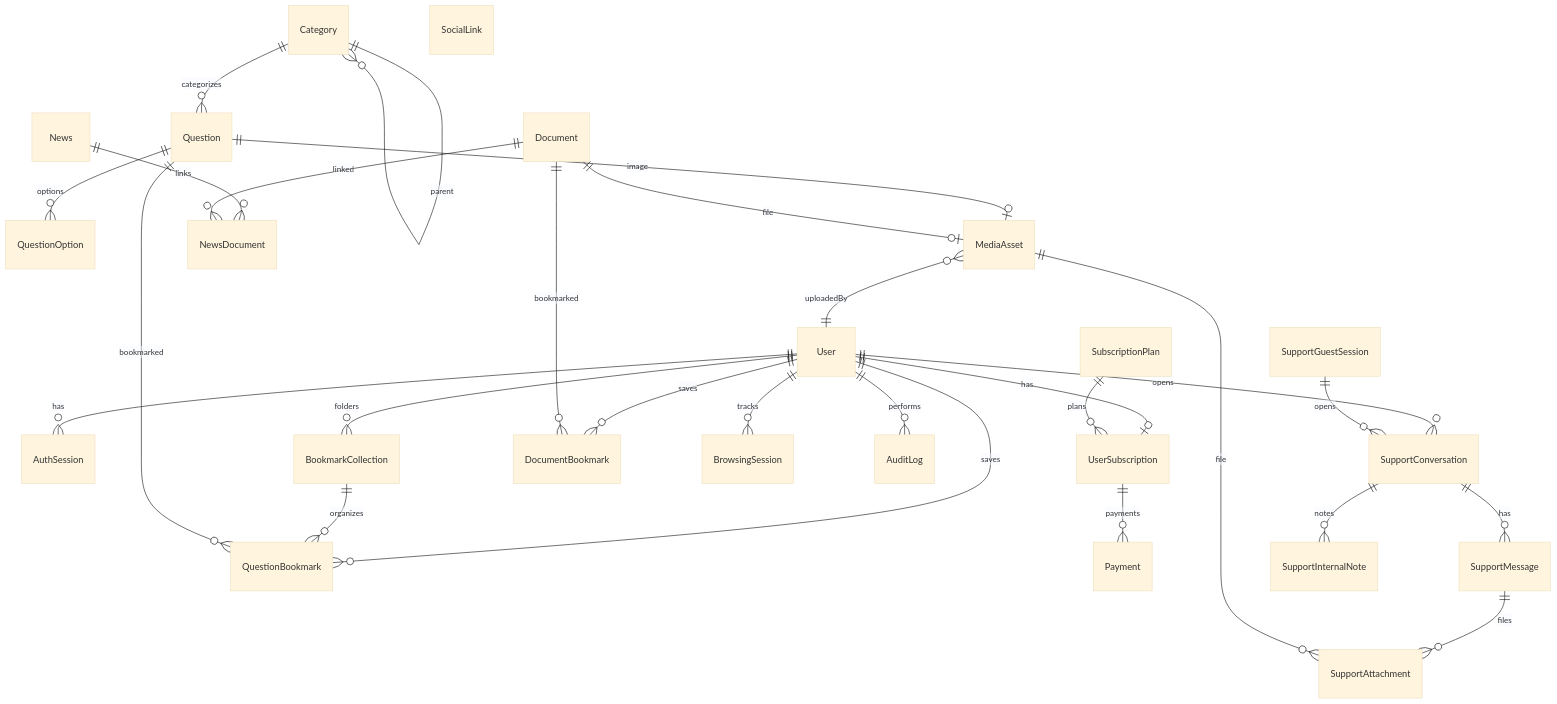
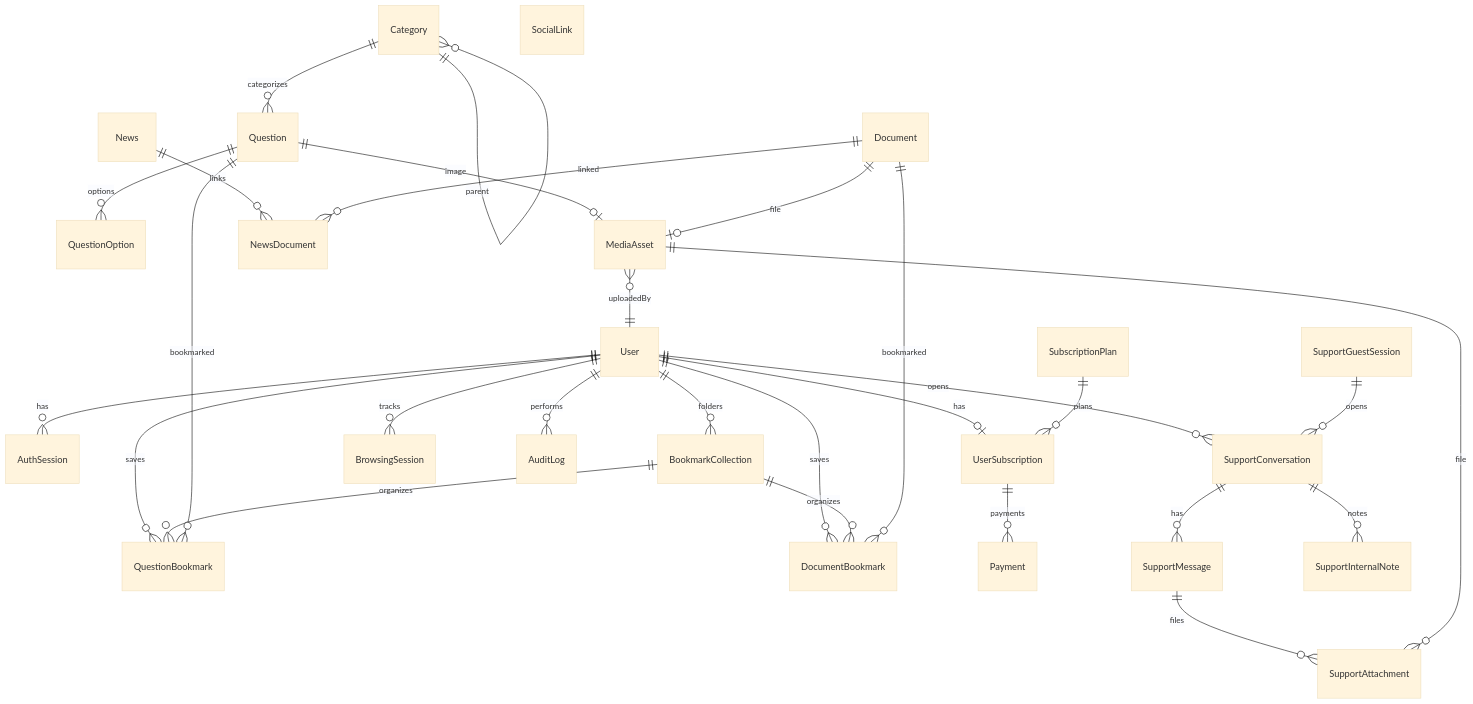
The diagram in docs/05-database-design.md (reazulislamreaz/your-academy), drawn with Mermaid (base theme) before and after one commit. The commit also changed other lines of this file and 34 other files, not shown here.

````diff
--- a/docs/05-database-design.md
+++ b/docs/05-database-design.md
@@ -10,30 +10,31 @@
 ```mermaid
 erDiagram
   User ||--o{ AuthSession : has
   User ||--o| UserSubscription : has
   User ||--o{ BookmarkCollection : folders
   User ||--o{ QuestionBookmark : saves
   User ||--o{ DocumentBookmark : saves
   BookmarkCollection ||--o{ QuestionBookmark : organizes
+  BookmarkCollection ||--o{ DocumentBookmark : organizes
   User ||--o{ BrowsingSession : tracks
   User ||--o{ AuditLog : performs
   SubscriptionPlan ||--o{ UserSubscription : plans
   UserSubscription ||--o{ Payment : payments
   Category ||--o{ Category : parent
   Category ||--o{ Question : categorizes
   Question ||--o{ QuestionOption : options
   Question ||--o| MediaAsset : image
   Question ||--o{ QuestionBookmark : bookmarked
   News ||--o{ NewsDocument : links
   Document ||--o{ NewsDocument : linked
   Document ||--o| MediaAsset : file
   Document ||--o{ DocumentBookmark : bookmarked
   MediaAsset }o--|| User : uploadedBy
   User ||--o{ SupportConversation : opens
   SupportGuestSession ||--o{ SupportConversation : opens
   SupportConversation ||--o{ SupportMessage : has
   SupportMessage ||--o{ SupportAttachment : files
   SupportConversation ||--o{ SupportInternalNote : notes
   MediaAsset ||--o{ SupportAttachment : file
   SocialLink
 ```
````
